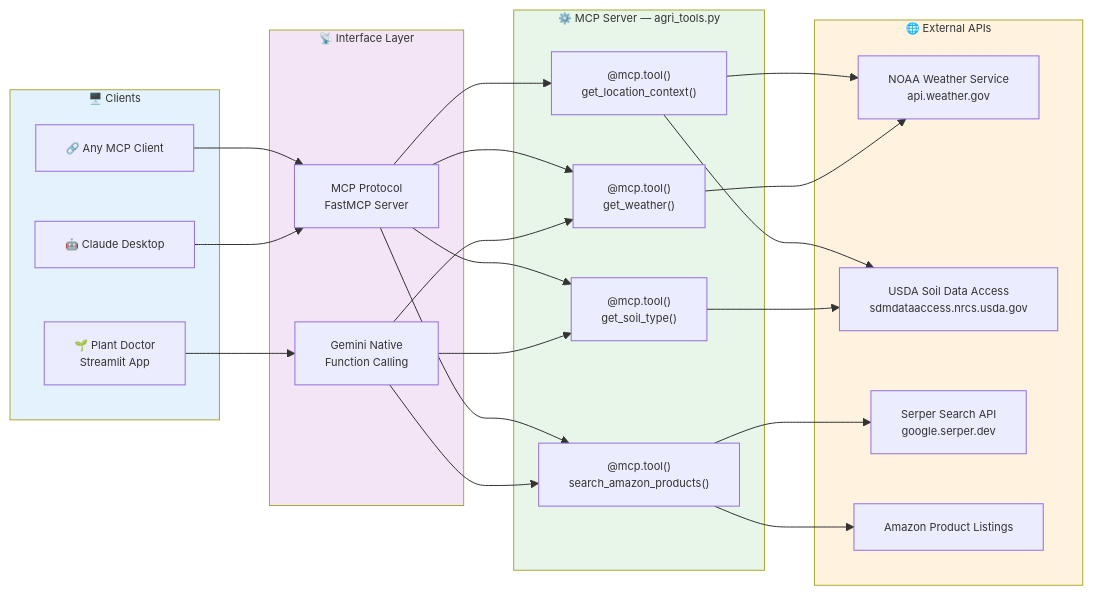
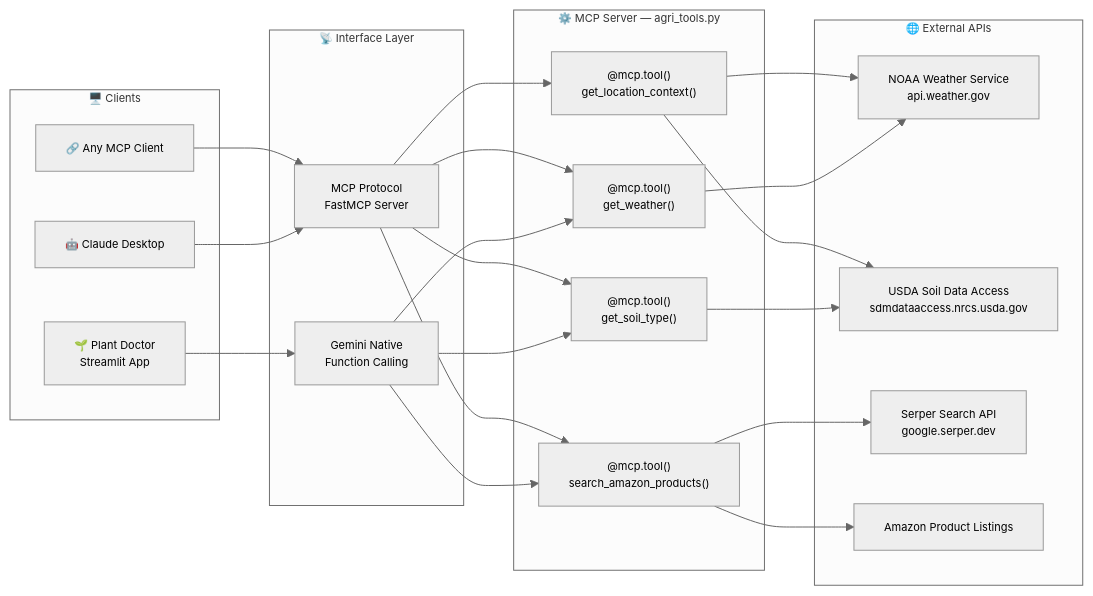
One commit to the-write-path-code/ch09-plant-doctor changed the diagram in workflow/02_mcp_architecture.md. Above: the diagram before and after it, drawn with Mermaid.

Commit message:
Change diagram theme and remove component styles
Updated the diagram theme in the MCP architecture documentation to 'neutral' and removed specific style settings for various components.

````diff
--- a/workflow/02_mcp_architecture.md
+++ b/workflow/02_mcp_architecture.md
@@ -7,50 +7,46 @@
 ```mermaid
-%%{init: {"themeVariables": {"fontFamily": "Arial, Helvetica, sans-serif", "fontSize": "11px", "actorFontSize": "11px", "noteFontSize": "10px", "messageFontSize": "10px"}}}%%
+%%{init: {"theme": "neutral", "themeVariables": {"fontFamily": "Arial, Helvetica, sans-serif", "fontSize": "11px", "actorFontSize": "11px", "noteFontSize": "10px", "messageFontSize": "10px"}}}%%
 flowchart LR
     subgraph Clients["🖥️ Clients"]
         A1["🌱 Plant Doctor\nStreamlit App"]
         A2["🤖 Claude Desktop"]
         A3["🔗 Any MCP Client"]
     end
 
     subgraph Protocol["📡 Interface Layer"]
         B1["Gemini Native\nFunction Calling"]
         B2["MCP Protocol\nFastMCP Server"]
     end
 
     subgraph MCPServer["⚙️ MCP Server — agri_tools.py"]
         C1["@mcp.tool()\nget_weather()"]
         C2["@mcp.tool()\nget_soil_type()"]
         C3["@mcp.tool()\nsearch_amazon_products()"]
         C4["@mcp.tool()\nget_location_context()"]
     end
 
     subgraph DataSources["🌐 External APIs"]
         D1["NOAA Weather Service\napi.weather.gov"]
         D2["USDA Soil Data Access\nsdmdataaccess.nrcs.usda.gov"]
         D3["Serper Search API\ngoogle.serper.dev"]
         D4["Amazon Product Listings"]
     end
 
     A1 --> B1
     A2 --> B2
     A3 --> B2
     B1 --> C1
     B1 --> C2
     B1 --> C3
     B2 --> C1
     B2 --> C2
     B2 --> C3
     B2 --> C4
     C1 --> D1
     C2 --> D2
     C3 --> D3
     C3 --> D4
     C4 --> D1
     C4 --> D2
 
-    style Clients fill:#E3F2FD
-    style Protocol fill:#F3E5F5
-    style MCPServer fill:#E8F5E9
-    style DataSources fill:#FFF3E0
 ```
````
